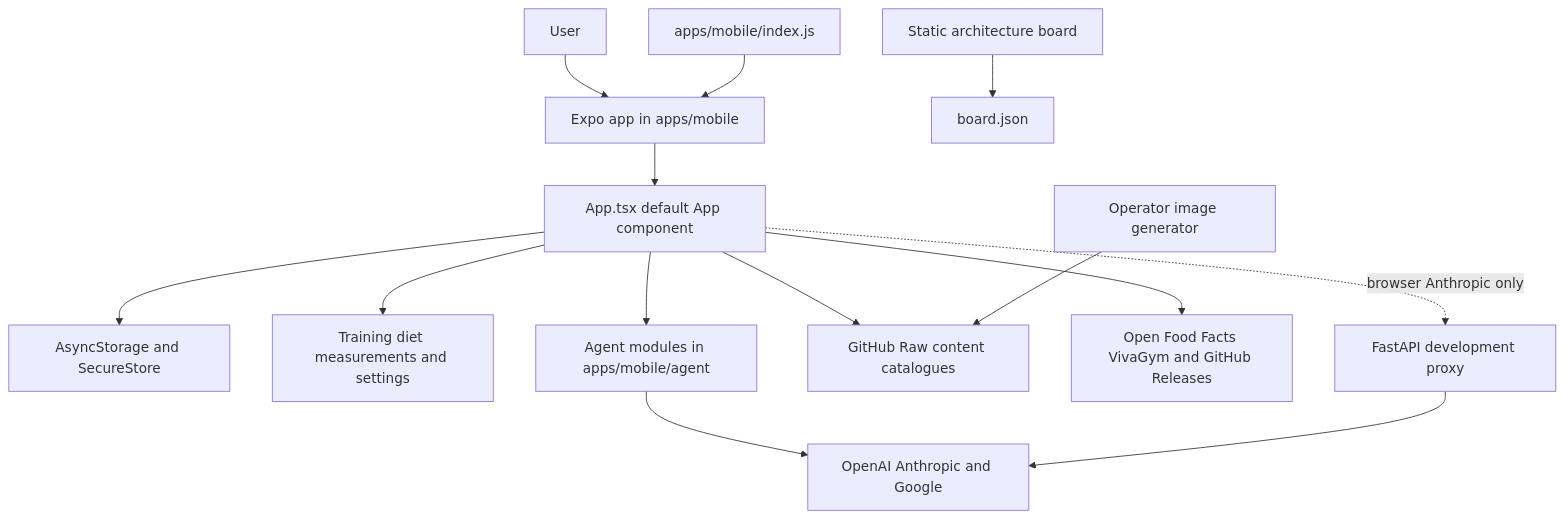
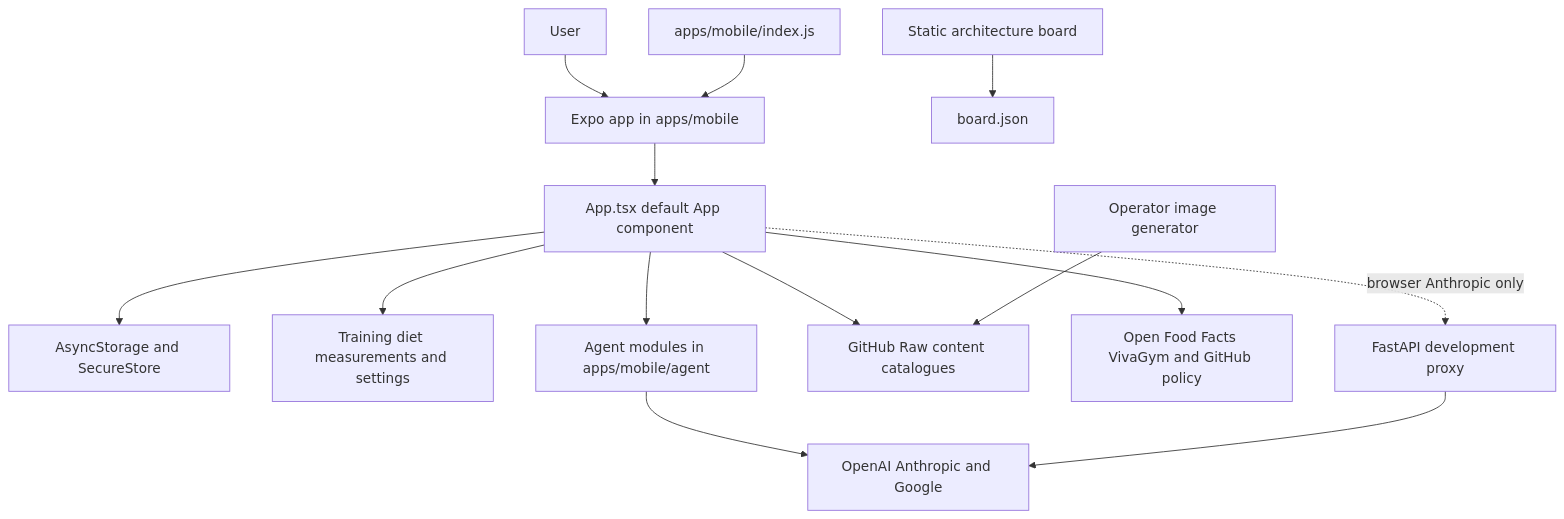
One commit to maximofn/gymnasia changed the diagram in openwiki/quickstart.md. Above: the diagram before and after it, drawn with Mermaid. The commit also changed other lines of this file and 23 other files, not shown here.

Commit message:
fix(mobile): remove GitHub APK updater

````diff
--- a/openwiki/quickstart.md
+++ b/openwiki/quickstart.md
@@ -60,16 +60,16 @@
 ```mermaid
 flowchart TD
     User["User"] --> Expo["Expo app in apps/mobile"]
     Entry["apps/mobile/index.js"] --> Expo
     Expo --> App["App.tsx default App component"]
     App --> Local["AsyncStorage and SecureStore"]
     App --> Domains["Training diet measurements and settings"]
     App --> Agent["Agent modules in apps/mobile/agent"]
     App --> Catalogues["GitHub Raw content catalogues"]
     Agent --> Providers["OpenAI Anthropic and Google"]
-    App --> External["Open Food Facts VivaGym and GitHub Releases"]
+    App --> External["Open Food Facts VivaGym and GitHub policy"]
     App -. "browser Anthropic only" .-> Proxy["FastAPI development proxy"]
     Proxy --> Providers
     Board["Static architecture board"] --> BoardData["board.json"]
     Generator["Operator image generator"] --> Catalogues
 ```
````
